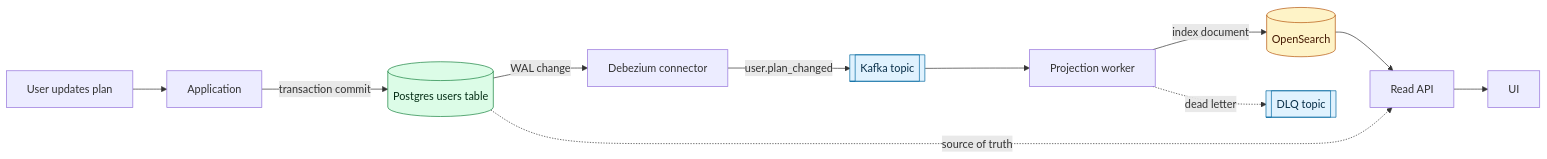
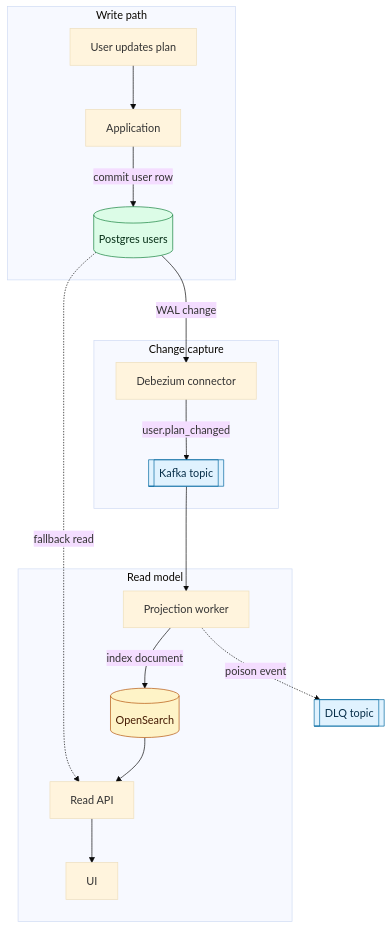
The diagram in config/codex/skills/mermaid-diagrams/examples/flowchart-cdc-pipeline.mmd (wcygan/dotfiles), drawn with Mermaid before and after one commit. The commit also changed 3 other files, not shown here.

Commit message:
docs: polish mermaid diagram examples

```diff
--- a/config/codex/skills/mermaid-diagrams/examples/flowchart-cdc-pipeline.mmd
+++ b/config/codex/skills/mermaid-diagrams/examples/flowchart-cdc-pipeline.mmd
@@ -1,19 +1,28 @@
-flowchart LR
-    user["User updates plan"] --> app["Application"]
-    app -- "transaction commit" --> pg[("Postgres users table")]
-    pg -- "WAL change" --> debezium["Debezium connector"]
-    debezium -- "user.plan_changed" --> kafka[["Kafka topic"]]
-    kafka --> projector["Projection worker"]
-    projector -- "index document" --> search[("OpenSearch")]
-    search --> read_api["Read API"]
-    read_api --> ui["UI"]
+%%{init: {"theme": "base", "flowchart": {"curve": "basis", "nodeSpacing": 45, "rankSpacing": 65}}}%%
+flowchart TB
+    subgraph write["Write path"]
+        user["User updates plan"] --> app["Application"]
+        app -- "commit user row" --> pg[("Postgres users")]
+    end
 
-    pg -. "source of truth" .-> read_api
-    projector -. "dead letter" .-> dlq[["DLQ topic"]]
+    subgraph capture["Change capture"]
+        pg -- "WAL change" --> debezium["Debezium connector"]
+        debezium -- "user.plan_changed" --> kafka[["Kafka topic"]]
+    end
+
+    subgraph read_model["Read model"]
+        kafka --> projector["Projection worker"]
+        projector -- "index document" --> search[("OpenSearch")]
+        search --> read_api["Read API"]
+        read_api --> ui["UI"]
+    end
+
+    projector -. "poison event" .-> dlq[["DLQ topic"]]
+    pg -. "fallback read" .-> read_api
 
     classDef source fill:#dcfce7,stroke:#15803d,color:#052e16
     classDef stream fill:#e0f2fe,stroke:#0369a1,color:#082f49
     classDef derived fill:#fef3c7,stroke:#b45309,color:#451a03
     class pg source
     class kafka,dlq stream
     class search derived
```
